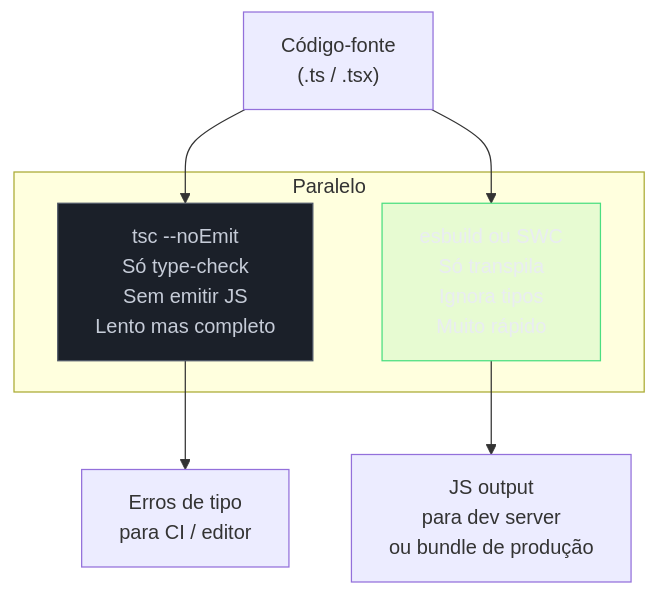
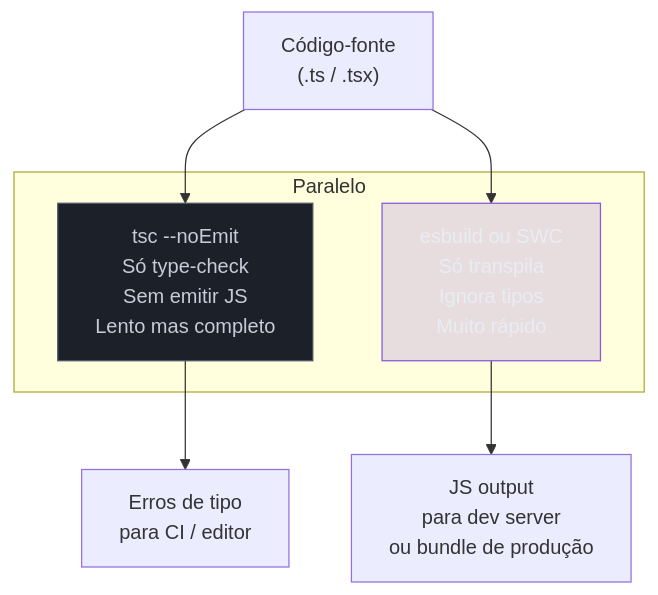
The sixth of 8 diagrams in 03-Dominios/Tecnologia/Tooling e Build/08 - Transpilação e targets.md (josenaldo/codex-technomanticus), drawn with Mermaid before and after one commit. The commit also changed other lines of this file and 601 other files, not shown here.

````diff
--- a/03-Dominios/Tecnologia/Tooling e Build/08 - Transpilação e targets.md
+++ b/03-Dominios/Tecnologia/Tooling e Build/08 - Transpilação e targets.md
@@ -396,22 +396,22 @@
 ```mermaid
 flowchart TD
+    classDef marca fill:#8855DF33,stroke:#8855DF,color:#E9ECF2
     classDef neutro fill:#1B2029,stroke:#4E5666,color:#C6CCD8
-    classDef ok fill:#4ADE8021,stroke:#4ADE80,color:#E9ECF2
     SRC["Código-fonte\n(.ts / .tsx)"]
 
     subgraph "Paralelo"
         TC["tsc --noEmit\nSó type-check\nSem emitir JS\nLento mas completo"]
         TR["esbuild ou SWC\nSó transpila\nIgnora tipos\nMuito rápido"]
     end
 
     OUT["JS output\npara dev server\nou bundle de produção"]
     ERR["Erros de tipo\npara CI / editor"]
 
     SRC --> TC
     SRC --> TR
     TC --> ERR
     TR --> OUT
 
     class TC neutro
-    class TR ok
+    class TR marca
 ```
````
